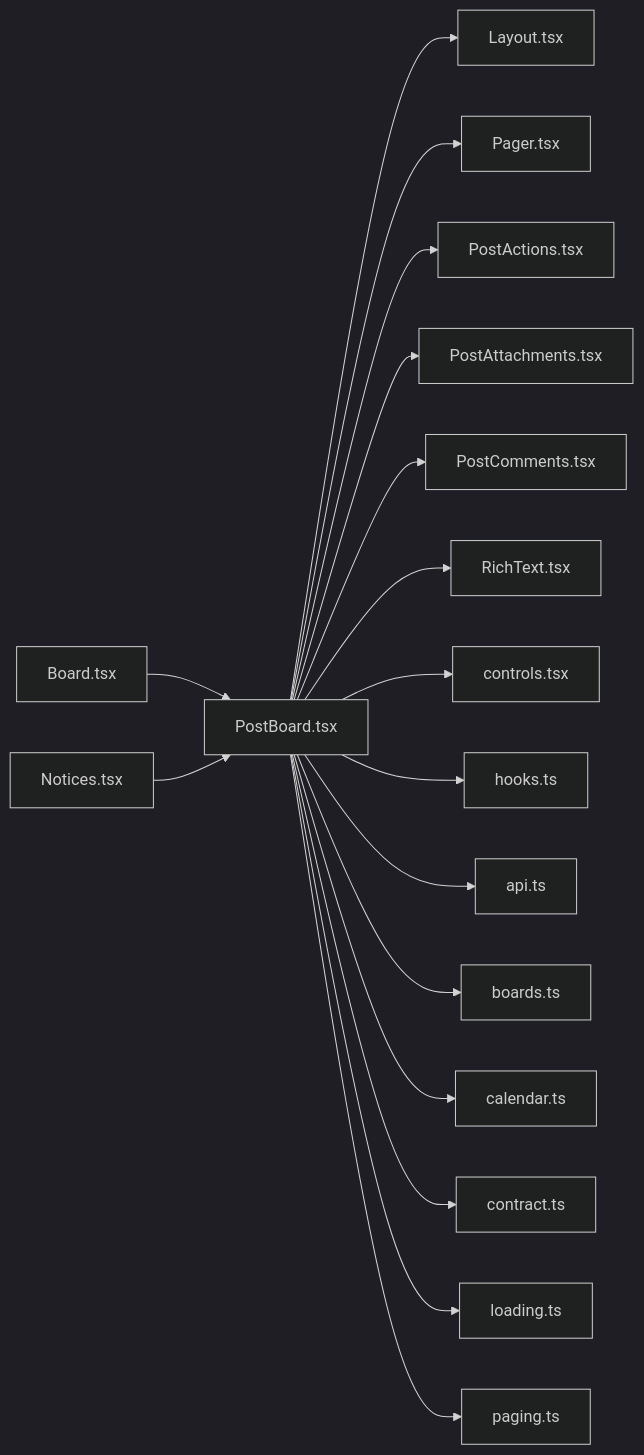
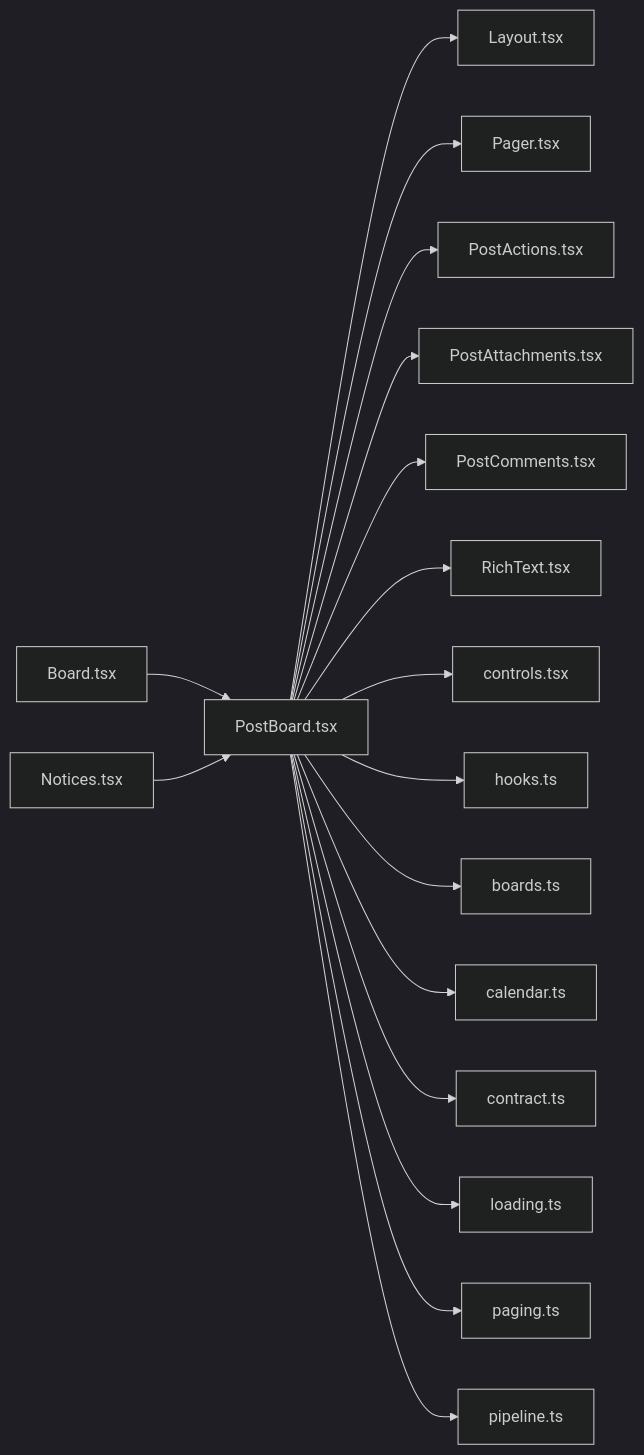
Before and after one commit to minkong-dev/Banblit: the diagram in .cluedoc/graph/frontend/src/components/PostBoard.md, drawn with Mermaid (dark theme). The commit also changed other lines of this file and 17 other files, not shown here.

First line of the commit message:
frontend: route board server calls through pipeline and test the upload-then-publish order

````diff
--- a/.cluedoc/graph/frontend/src/components/PostBoard.md
+++ b/.cluedoc/graph/frontend/src/components/PostBoard.md
@@ -10,20 +10,20 @@
 ```mermaid
 flowchart LR
   frontend_src_components_PostBoard["PostBoard.tsx"]
   frontend_src_components_PostBoard --> frontend_src_components_Layout["Layout.tsx"]
   frontend_src_components_PostBoard --> frontend_src_components_Pager["Pager.tsx"]
   frontend_src_components_PostBoard --> frontend_src_components_PostActions["PostActions.tsx"]
   frontend_src_components_PostBoard --> frontend_src_components_PostAttachments["PostAttachments.tsx"]
   frontend_src_components_PostBoard --> frontend_src_components_PostComments["PostComments.tsx"]
   frontend_src_components_PostBoard --> frontend_src_components_RichText["RichText.tsx"]
   frontend_src_components_PostBoard --> frontend_src_components_controls["controls.tsx"]
   frontend_src_components_PostBoard --> frontend_src_components_hooks["hooks.ts"]
-  frontend_src_components_PostBoard --> frontend_src_lib_api["api.ts"]
   frontend_src_components_PostBoard --> frontend_src_lib_boards["boards.ts"]
   frontend_src_components_PostBoard --> frontend_src_lib_calendar["calendar.ts"]
   frontend_src_components_PostBoard --> frontend_src_lib_contract["contract.ts"]
   frontend_src_components_PostBoard --> frontend_src_lib_loading["loading.ts"]
   frontend_src_components_PostBoard --> frontend_src_lib_paging["paging.ts"]
+  frontend_src_components_PostBoard --> frontend_src_lib_pipeline["pipeline.ts"]
   frontend_src_routes_Board["Board.tsx"] --> frontend_src_components_PostBoard
   frontend_src_routes_Notices["Notices.tsx"] --> frontend_src_components_PostBoard
 ```
````
